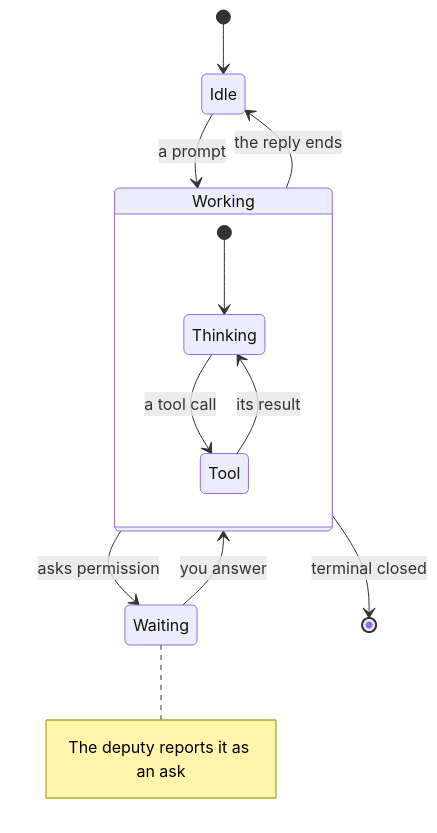
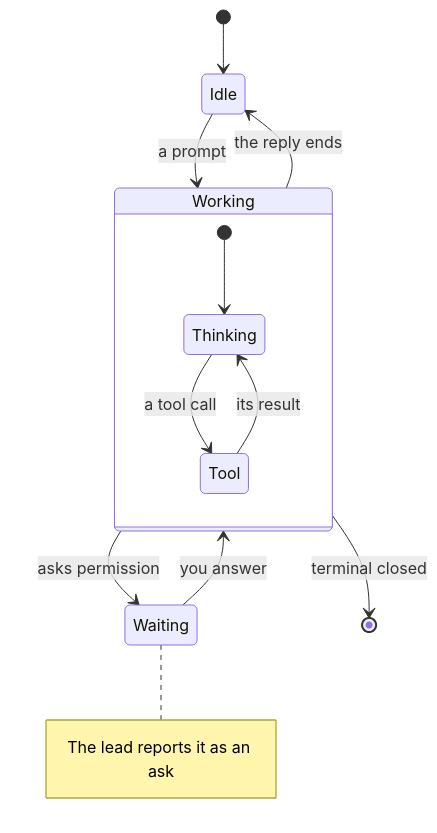
The third of 7 diagrams in docs/diagrams.md (bencode/jun), drawn with Mermaid before and after one commit. The commit also changed other lines of this file and 7 other files, not shown here.

First line of the commit message:
feat: jun-lead replaces jun-deputy

````diff
--- a/docs/diagrams.md
+++ b/docs/diagrams.md
@@ -68,15 +68,15 @@
 ```mermaid
 stateDiagram-v2
     [*] --> Idle
     Idle --> Working: a prompt
     Working --> Waiting: asks permission
     Waiting --> Working: you answer
     Working --> Idle: the reply ends
     Working --> [*]: terminal closed
     state Working {
         [*] --> Thinking
         Thinking --> Tool: a tool call
         Tool --> Thinking: its result
     }
-    note right of Waiting: The deputy reports it as an ask
+    note right of Waiting: The lead reports it as an ask
 ```
````
